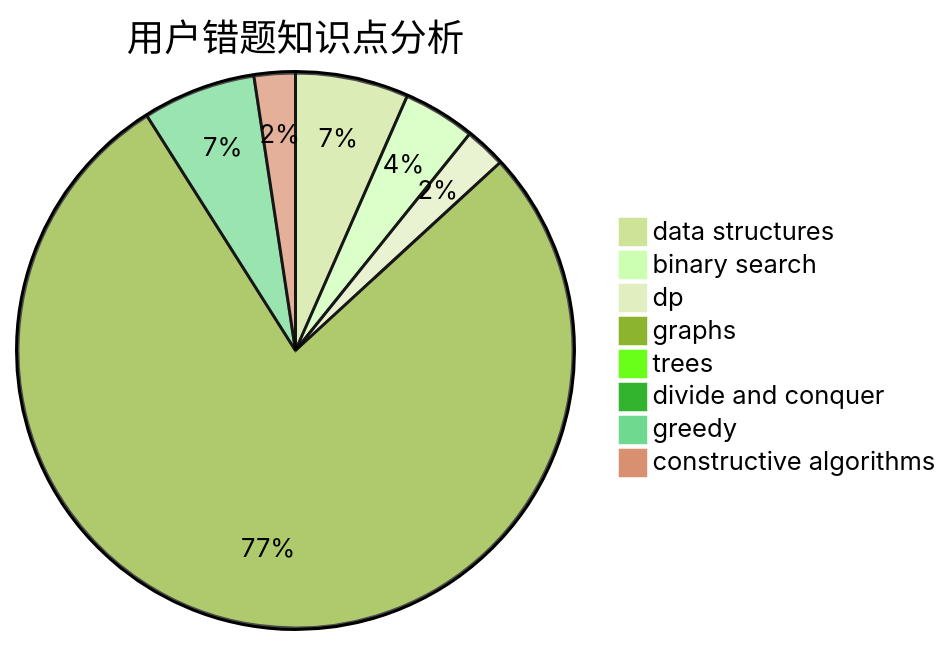
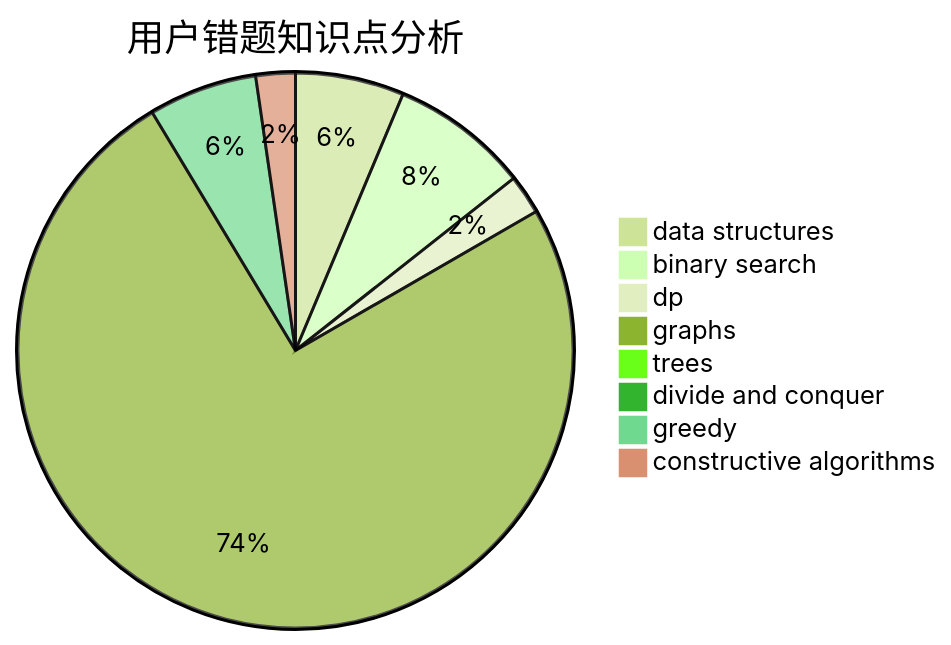
One commit to sherpahu/cfrs.github.io changed the third of 3 diagrams in docs/user/u1228.md. Above: the diagram before and after it, drawn with Mermaid (forest theme). The commit also changed other lines of this file and 2770 other files, not shown here.

````diff
--- a/docs/user/u1228.md
+++ b/docs/user/u1228.md
@@ -36,11 +36,11 @@
 ```mermaid
 pie title 用户错题知识点分析
     "data structures" :  11
-    "binary search" :  7
+    "binary search" :  14
     "dp" :  4
     "graphs" :  130
     "trees" :  1
     "divide and conquer" :  0
     "greedy" :  11
     "constructive algorithms" :  4
 ```
````
